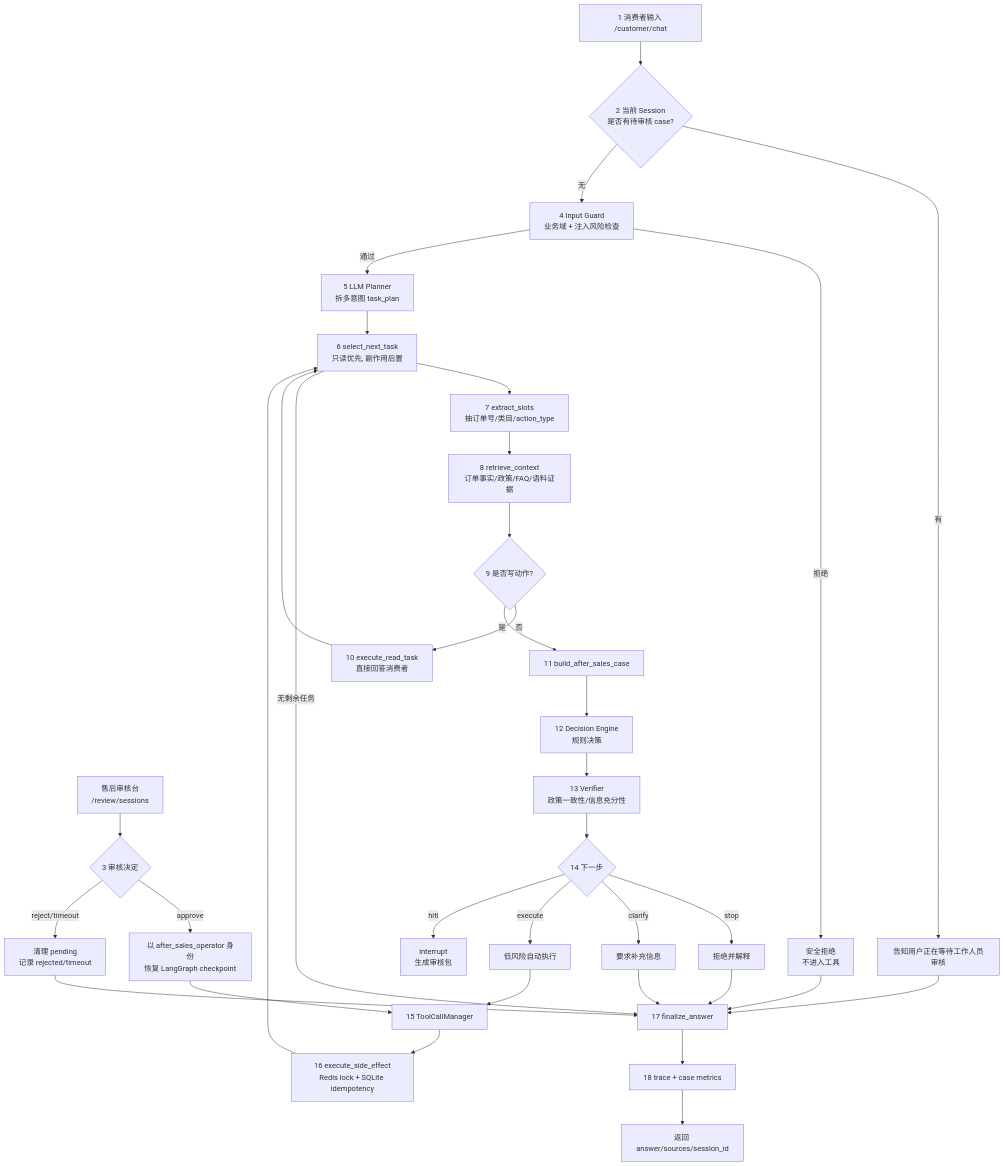
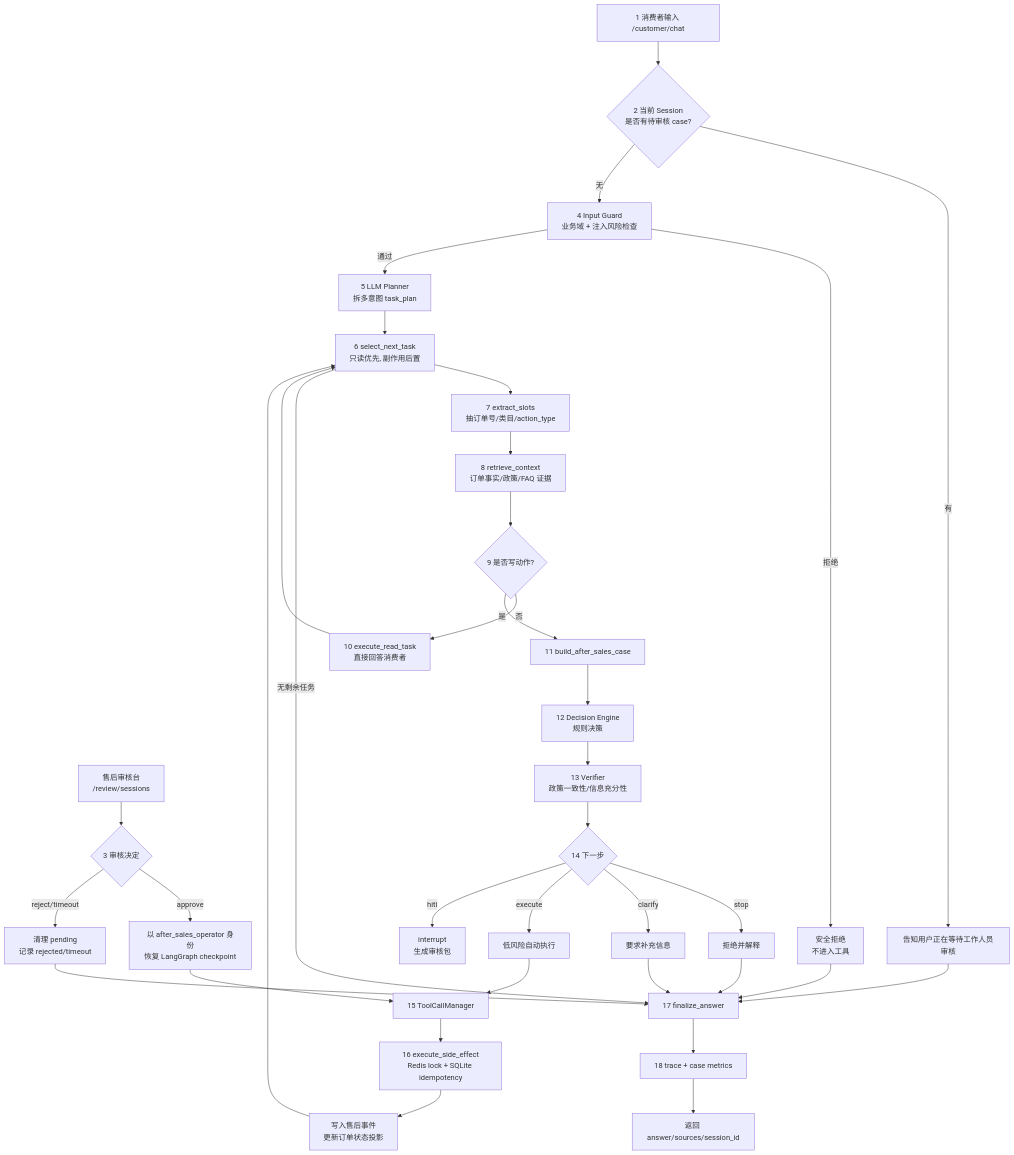
The first of 6 diagrams in docs/ARCHITECTURE_DIAGRAMS.md (bigfish-emily/commerce-support-agent), drawn with Mermaid before and after one commit. The commit also changed other lines of this file and 29 other files, not shown here.

````diff
--- a/docs/ARCHITECTURE_DIAGRAMS.md
+++ b/docs/ARCHITECTURE_DIAGRAMS.md
@@ -9,37 +9,38 @@
 ```mermaid
 flowchart TD
     A[1 消费者输入 /customer/chat] --> B{2 当前 Session<br/>是否有待审核 case?}
     Staff[售后审核台<br/>/review/sessions] --> C{3 审核决定}
     B -- 有 --> F[告知用户正在等待工作人员审核]
     C -- approve --> D[以 after_sales_operator 身份<br/>恢复 LangGraph checkpoint]
     C -- reject/timeout --> E[清理 pending<br/>记录 rejected/timeout]
     B -- 无 --> G[4 Input Guard<br/>业务域 + 注入风险检查]
     G -- 拒绝 --> H[安全拒绝<br/>不进入工具]
     G -- 通过 --> I[5 LLM Planner<br/>拆多意图 task_plan]
     I --> J[6 select_next_task<br/>只读优先, 副作用后置]
     J --> K[7 extract_slots<br/>抽订单号/类目/action_type]
-    K --> L[8 retrieve_context<br/>订单事实/政策/FAQ/语料证据]
+    K --> L[8 retrieve_context<br/>订单事实/政策/FAQ 证据]
     L --> M{9 是否写动作?}
     M -- 否 --> N[10 execute_read_task<br/>直接回答消费者]
     N --> J
     M -- 是 --> O[11 build_after_sales_case]
     O --> P[12 Decision Engine<br/>规则决策]
     P --> Q[13 Verifier<br/>政策一致性/信息充分性]
     Q --> R{14 下一步}
     R -- stop --> S[拒绝并解释]
     R -- clarify --> T[要求补充信息]
     R -- execute --> U[低风险自动执行]
     R -- hitl --> V[interrupt<br/>生成审核包]
     U --> W[15 ToolCallManager]
     D --> W
     W --> Y[16 execute_side_effect<br/>Redis lock + SQLite idempotency]
     S --> Z[17 finalize_answer]
     T --> Z
     E --> Z
     F --> Z
     H --> Z
-    Y --> J
+    Y --> Projection[写入售后事件<br/>更新订单状态投影]
+    Projection --> J
     J -- 无剩余任务 --> Z
     Z --> AA[18 trace + case metrics]
     AA --> AB[返回 answer/sources/session_id]
 ```
````
